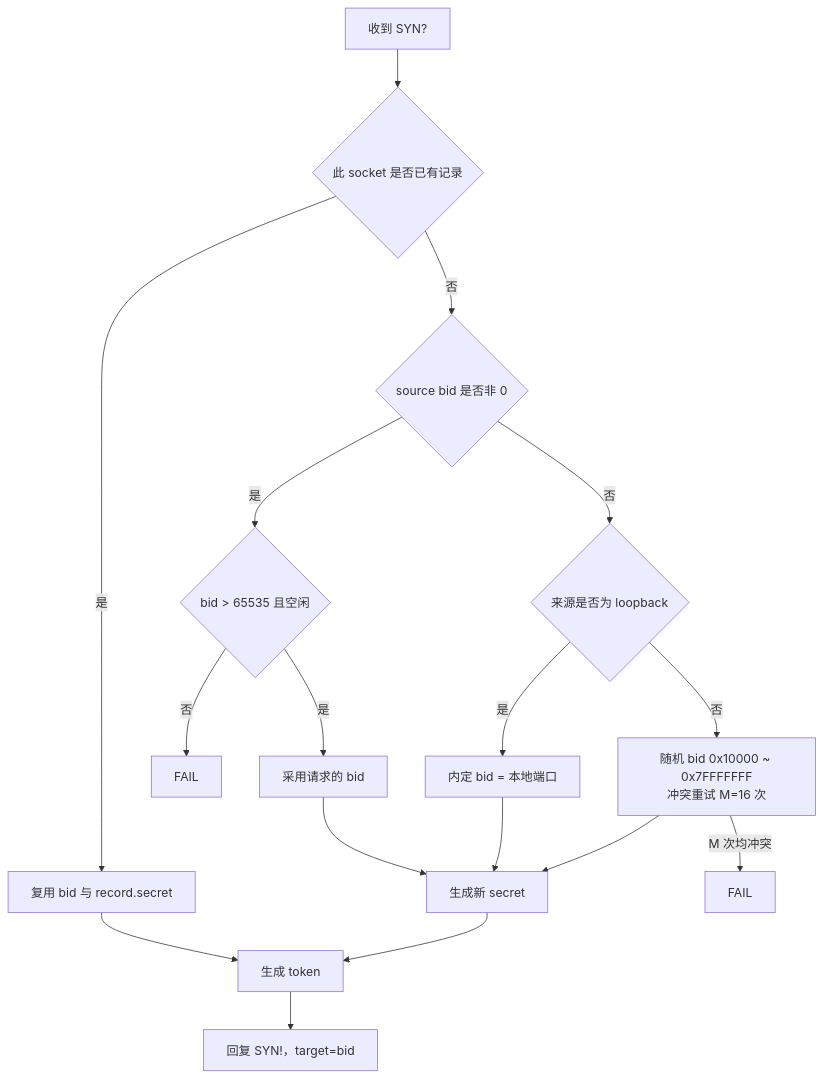
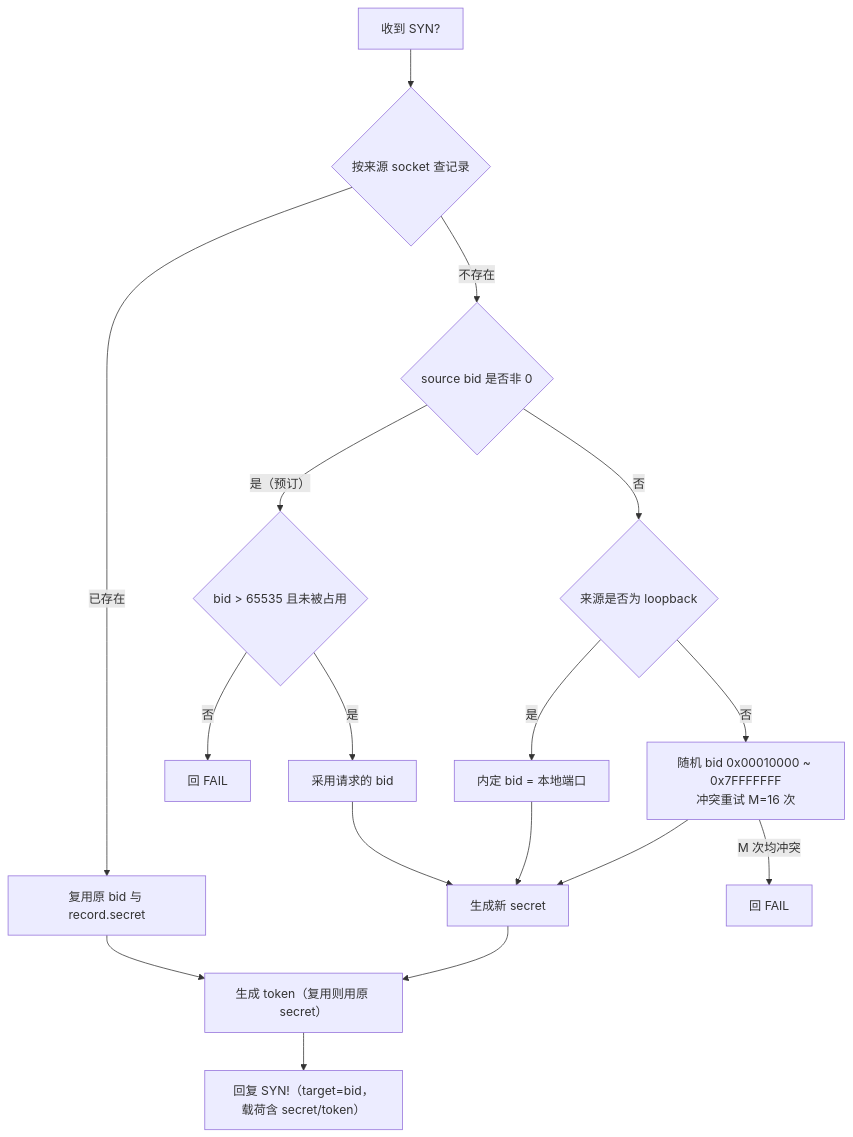
One commit to moky/magpie changed the second of 3 diagrams in docs/architecture.md. Above: the diagram before and after it, drawn with Mermaid. The commit also changed other lines of this file and 9 other files, not shown here.

````diff
--- a/docs/architecture.md
+++ b/docs/architecture.md
@@ -108,18 +92,19 @@
 ```mermaid
 flowchart TD
-    Q["收到 SYN?"] --> R{"此 socket 是否已有记录"}
-    R -->|"是"| Reuse["复用 bid 与 record.secret"]
-    R -->|"否"| P{"source bid 是否非 0"}
-    P -->|"是"| Reserve{"bid > 65535 且空闲"}
-    Reserve -->|"否"| F1["FAIL"]
+    Q["收到 SYN?"] --> R{"按来源 socket 查记录"}
+    R -->|"已存在"| Reuse["复用原 bid 与 record.secret"]
+    R -->|"不存在"| P{"source bid 是否非 0"}
+    P -->|"是（预订）"| Reserve{"bid > 65535 且未被占用"}
+    Reserve -->|"否"| F1["回 FAIL"]
     Reserve -->|"是"| Use["采用请求的 bid"]
     P -->|"否"| L{"来源是否为 loopback"}
     L -->|"是"| Inner["内定 bid = 本地端口"]
-    L -->|"否"| Rand["随机 bid 0x10000 ~ 0x7FFFFFFF<br/>冲突重试 M=16 次"]
-    Reuse --> T["生成 token"]
-    Use --> NewSec["生成新 secret"] --> T
+    L -->|"否"| Rand["随机 bid 0x00010000 ~ 0x7FFFFFFF<br/>冲突重试 M=16 次"]
+    Reuse --> T["生成 token（复用则用原 secret）"]
+    Use --> NewSec["生成新 secret"]
     Inner --> NewSec
     Rand --> NewSec
-    Rand -->|"M 次均冲突"| F2["FAIL"]
-    T --> Reply["回复 SYN!，target=bid"]
+    Rand -->|"M 次均冲突"| F2["回 FAIL"]
+    NewSec --> T
+    T --> Reply["回复 SYN!（target=bid，载荷含 secret/token）"]
 ```
````
